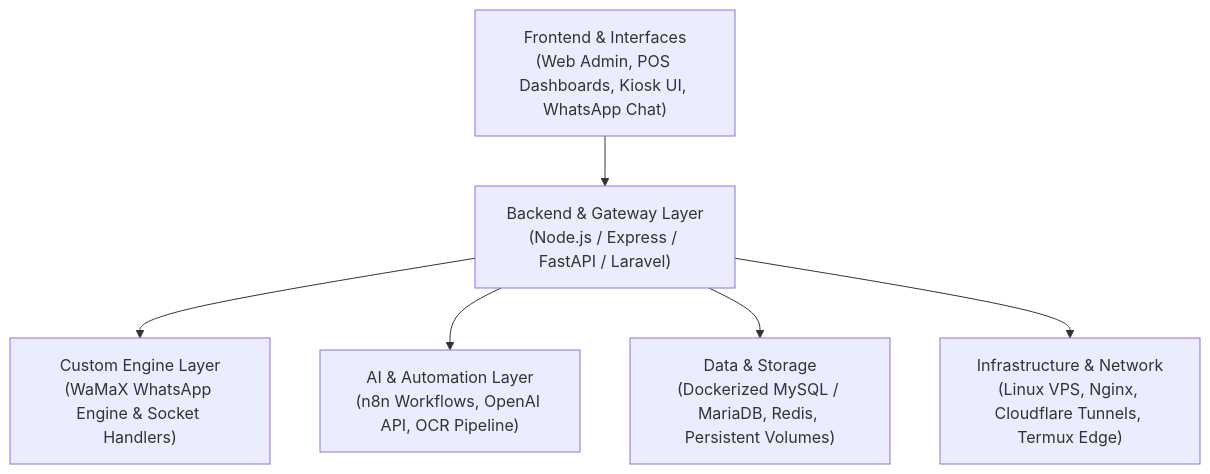
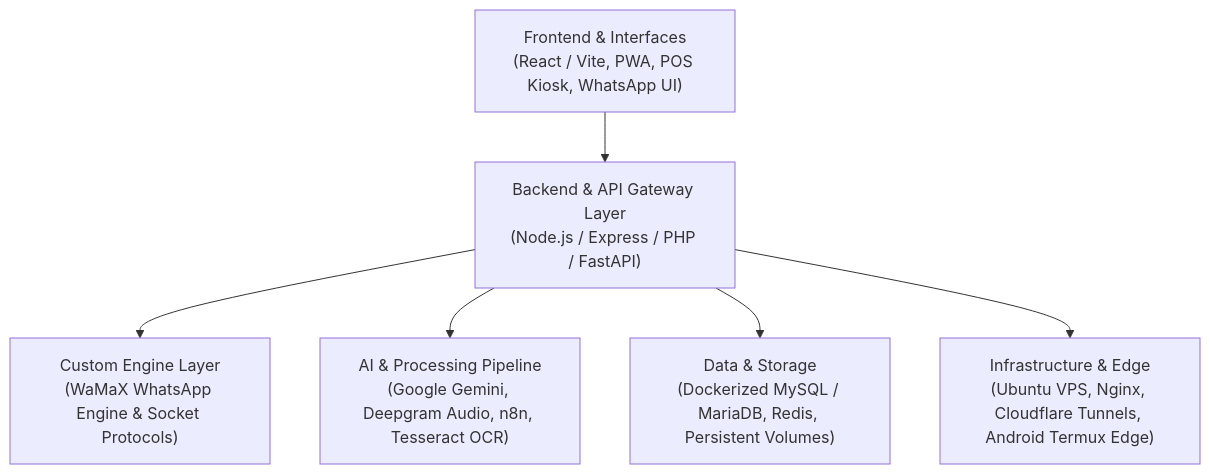
The diagram in README.md (msamods/msamods), drawn with Mermaid before and after one commit. The commit also changed other lines of this file, not shown here.

````diff
--- a/README.md
+++ b/README.md
@@ -164,8 +206,8 @@
 ```mermaid
 graph TD
-    UI["Frontend & Interfaces<br/>(Web Admin, POS Dashboards, Kiosk UI, WhatsApp Chat)"] --> API["Backend & Gateway Layer<br/>(Node.js / Express / FastAPI / Laravel)"]
-    API --> ENG["Custom Engine Layer<br/>(WaMaX WhatsApp Engine & Socket Handlers)"]
-    API --> AI["AI & Automation Layer<br/>(n8n Workflows, OpenAI API, OCR Pipeline)"]
+    UI["Frontend & Interfaces<br/>(React / Vite, PWA, POS Kiosk, WhatsApp UI)"] --> API["Backend & API Gateway Layer<br/>(Node.js / Express / PHP / FastAPI)"]
+    API --> ENG["Custom Engine Layer<br/>(WaMaX WhatsApp Engine & Socket Protocols)"]
+    API --> AI["AI & Processing Pipeline<br/>(Google Gemini, Deepgram Audio, n8n, Tesseract OCR)"]
     API --> DB["Data & Storage<br/>(Dockerized MySQL / MariaDB, Redis, Persistent Volumes)"]
-    API --> INFRA["Infrastructure & Network<br/>(Linux VPS, Nginx, Cloudflare Tunnels, Termux Edge)"]
+    API --> INFRA["Infrastructure & Edge<br/>(Ubuntu VPS, Nginx, Cloudflare Tunnels, Android Termux Edge)"]
 ```
````
